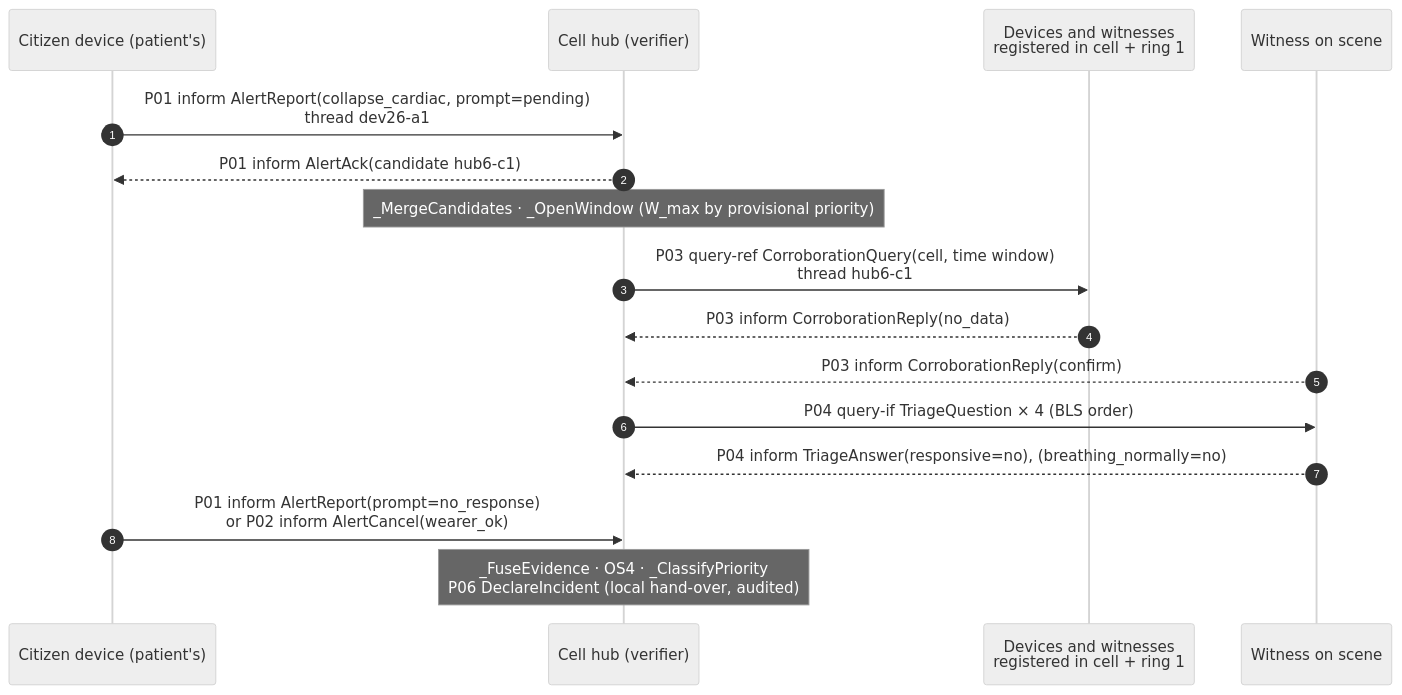
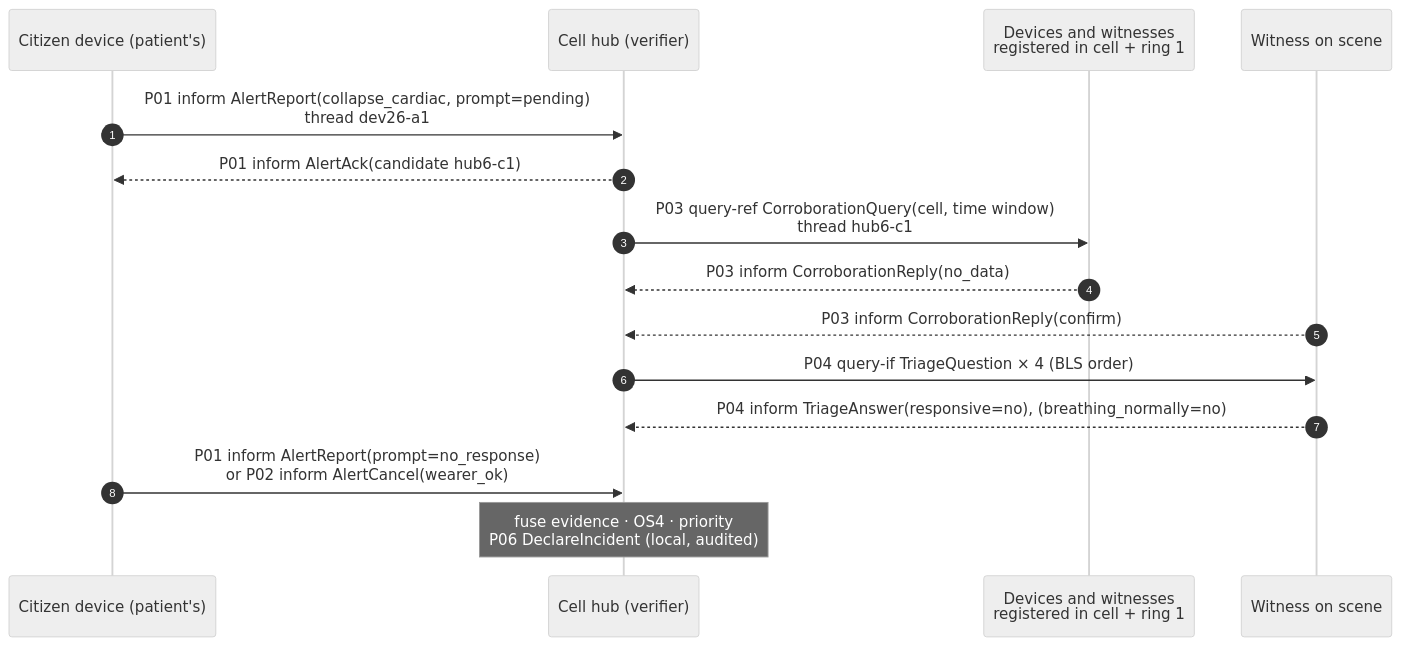
The first of 3 diagrams in docs/04-protocols-and-messages.md (rodrigoilde/fcup-isia), drawn with Mermaid (neutral theme) before and after one commit. The commit also changed other lines of this file and 12 other files, not shown here.

````diff
--- a/docs/04-protocols-and-messages.md
+++ b/docs/04-protocols-and-messages.md
@@ -72,18 +54,17 @@
 ```mermaid
 sequenceDiagram
     autonumber
     participant D as Citizen device (patient's)
     participant H as Cell hub (verifier)
     participant N as Devices and witnesses<br/>registered in cell + ring 1
     participant W as Witness on scene
     D->>H: P01 inform AlertReport(collapse_cardiac, prompt=pending)<br/>thread dev26-a1
     H-->>D: P01 inform AlertAck(candidate hub6-c1)
-    Note over H: _MergeCandidates · _OpenWindow (W_max by provisional priority)
     H->>N: P03 query-ref CorroborationQuery(cell, time window)<br/>thread hub6-c1
     N-->>H: P03 inform CorroborationReply(no_data)
     W-->>H: P03 inform CorroborationReply(confirm)
     H->>W: P04 query-if TriageQuestion × 4 (BLS order)
     W-->>H: P04 inform TriageAnswer(responsive=no), (breathing_normally=no)
     D->>H: P01 inform AlertReport(prompt=no_response)<br/>or P02 inform AlertCancel(wearer_ok)
-    Note over H: _FuseEvidence · OS4 · _ClassifyPriority<br/>P06 DeclareIncident (local hand-over, audited)
+    Note over H: fuse evidence · OS4 · priority<br/>P06 DeclareIncident (local, audited)
 ```
````
